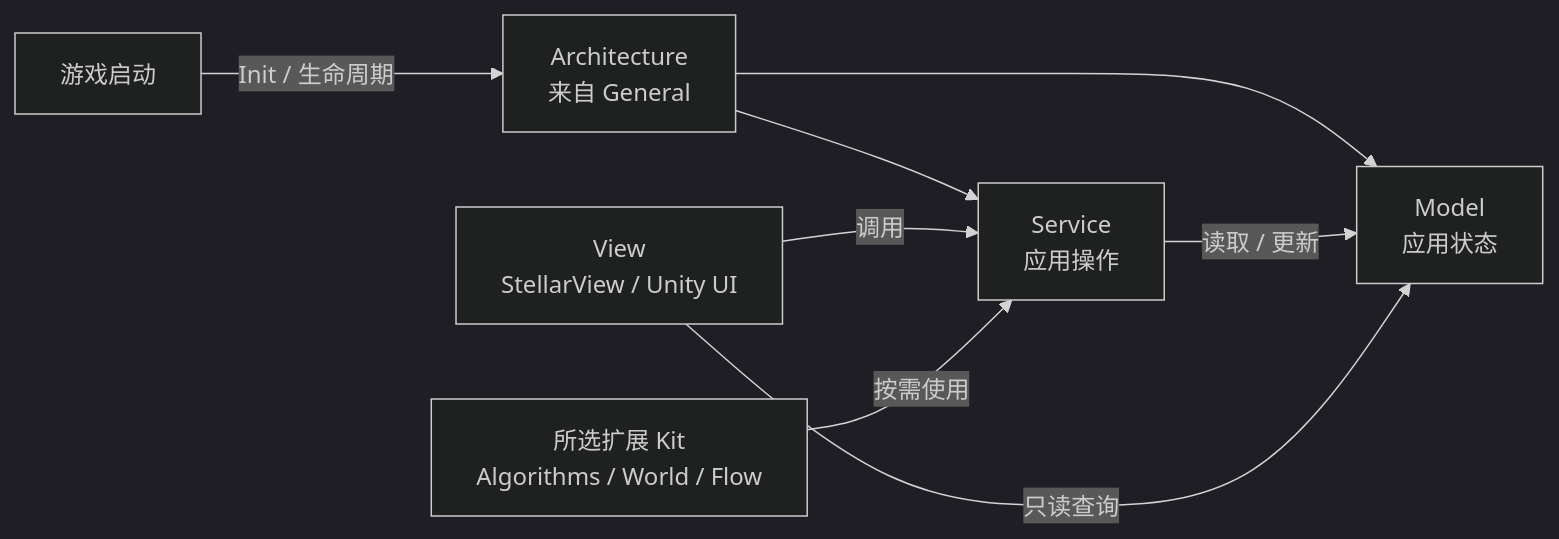
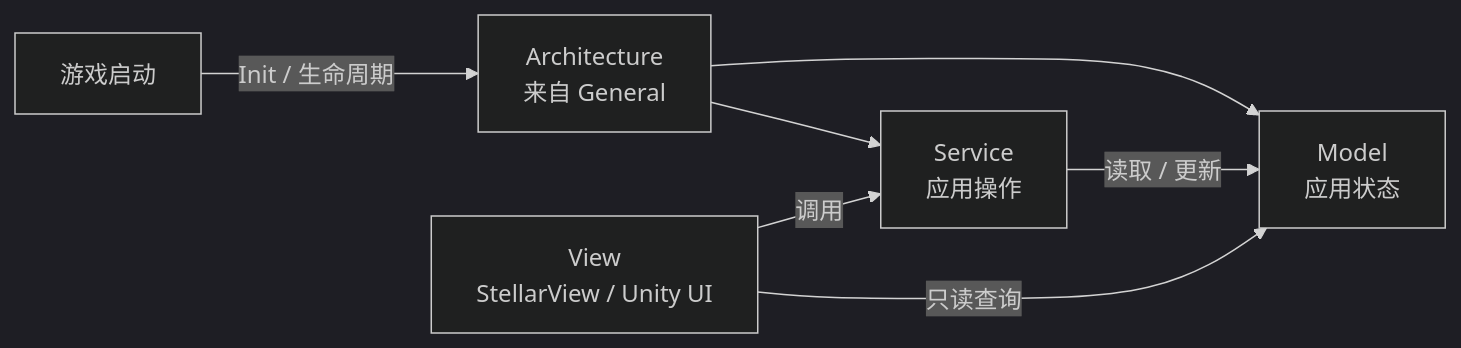
Before and after one commit to StarrDream/StellarFramework.Extensions: the diagram in README.md, drawn with Mermaid (dark theme). The commit also changed other lines of this file and 1 other file, not shown here.

Commit message:
Clarify MSV architecture boundaries

```diff
--- a/README.md
+++ b/README.md
@@ -42,10 +42,9 @@
 ~~~mermaid
 flowchart LR
     Startup["游戏启动"] -->|"Init / 生命周期"| Architecture["Architecture<T><br/>来自 General"]
     Architecture --> Model["Model<br/>应用状态"]
     Architecture --> Service["Service<br/>应用操作"]
     View["View<br/>StellarView / Unity UI"] -->|"调用"| Service
     Service -->|"读取 / 更新"| Model
     View -->|"只读查询"| Model
-    Extension["所选扩展 Kit<br/>Algorithms / World / Flow"] -->|"按需使用"| Service
 ~~~
```
